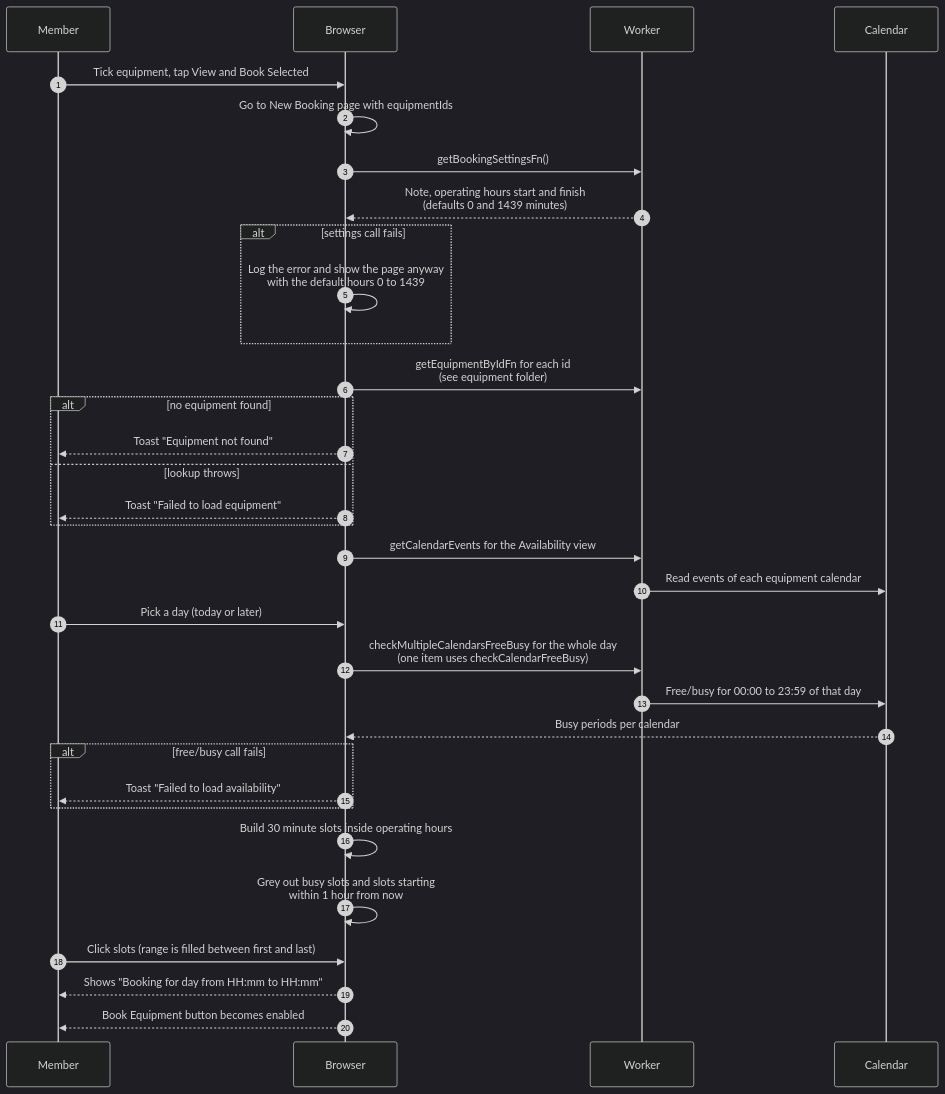
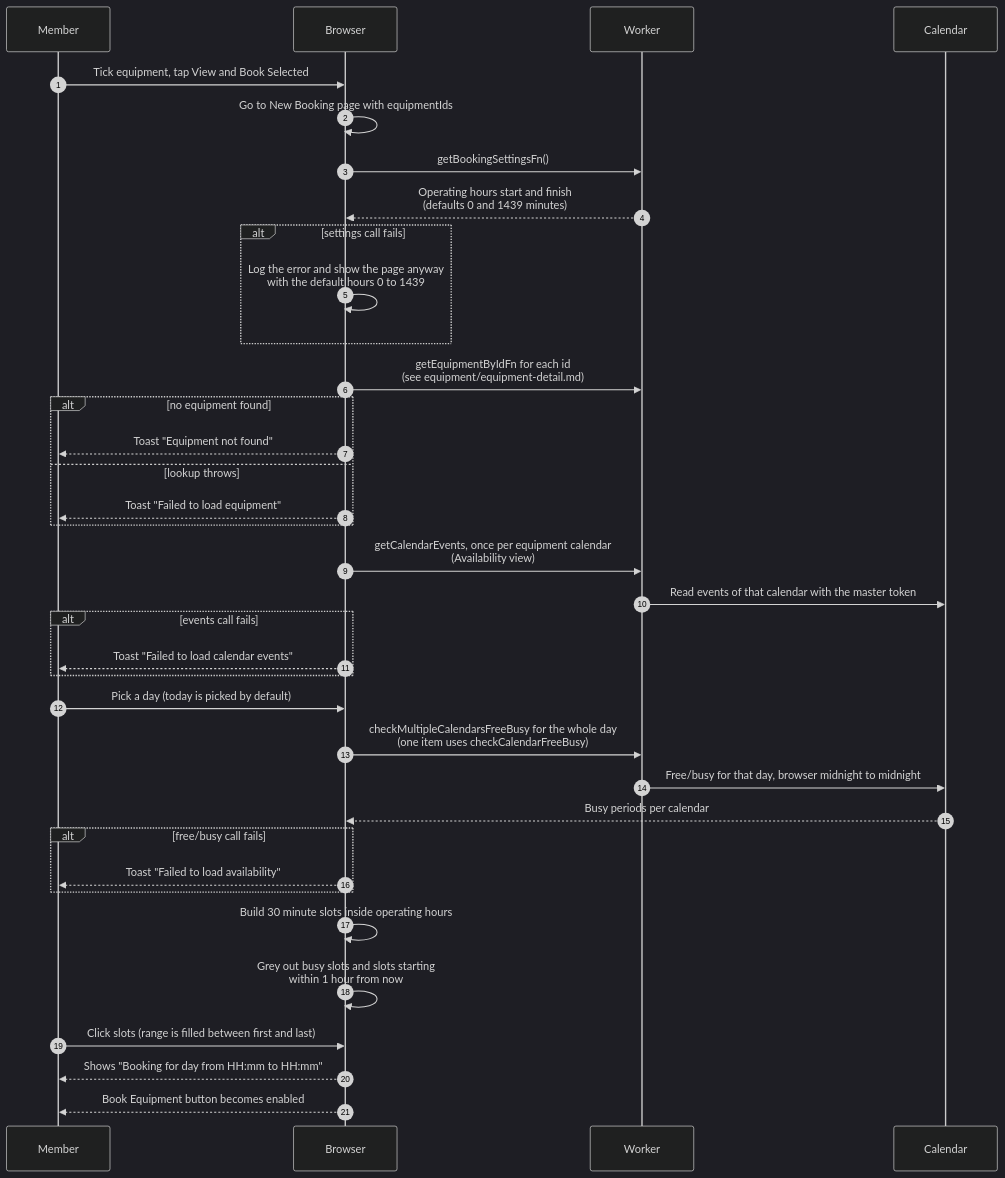
One commit to sagyzdop/meriksirat changed the diagram in docs/scenarios/bookings/choose-equipment-and-time.md. Above: the diagram before and after it, drawn with Mermaid (dark theme). The commit also changed other lines of this file and 17 other files, not shown here.

Commit message:
docs(scenarios): verify bookings diagrams against the code

````diff
--- a/docs/scenarios/bookings/choose-equipment-and-time.md
+++ b/docs/scenarios/bookings/choose-equipment-and-time.md
@@ -33,35 +43,38 @@
 ```mermaid
 sequenceDiagram
     autonumber
     participant M as Member
     participant B as Browser
     participant W as Worker
     participant C as Calendar
     M->>B: Tick equipment, tap View and Book Selected
     B->>B: Go to New Booking page with equipmentIds
     B->>W: getBookingSettingsFn()
-    W-->>B: Note, operating hours start and finish<br/>(defaults 0 and 1439 minutes)
+    W-->>B: Operating hours start and finish<br/>(defaults 0 and 1439 minutes)
     alt settings call fails
         B->>B: Log the error and show the page anyway<br/>with the default hours 0 to 1439
     end
-    B->>W: getEquipmentByIdFn for each id<br/>(see equipment folder)
+    B->>W: getEquipmentByIdFn for each id<br/>(see equipment/equipment-detail.md)
     alt no equipment found
         B-->>M: Toast "Equipment not found"
     else lookup throws
         B-->>M: Toast "Failed to load equipment"
     end
-    B->>W: getCalendarEvents for the Availability view
-    W->>C: Read events of each equipment calendar
-    M->>B: Pick a day (today or later)
+    B->>W: getCalendarEvents, once per equipment calendar<br/>(Availability view)
+    W->>C: Read events of that calendar with the master token
+    alt events call fails
+        B-->>M: Toast "Failed to load calendar events"
+    end
+    M->>B: Pick a day (today is picked by default)
     B->>W: checkMultipleCalendarsFreeBusy for the whole day<br/>(one item uses checkCalendarFreeBusy)
-    W->>C: Free/busy for 00:00 to 23:59 of that day
+    W->>C: Free/busy for that day, browser midnight to midnight
     C-->>B: Busy periods per calendar
     alt free/busy call fails
         B-->>M: Toast "Failed to load availability"
     end
     B->>B: Build 30 minute slots inside operating hours
     B->>B: Grey out busy slots and slots starting<br/>within 1 hour from now
     M->>B: Click slots (range is filled between first and last)
     B-->>M: Shows "Booking for day from HH:mm to HH:mm"
     B-->>M: Book Equipment button becomes enabled
 ```
````
